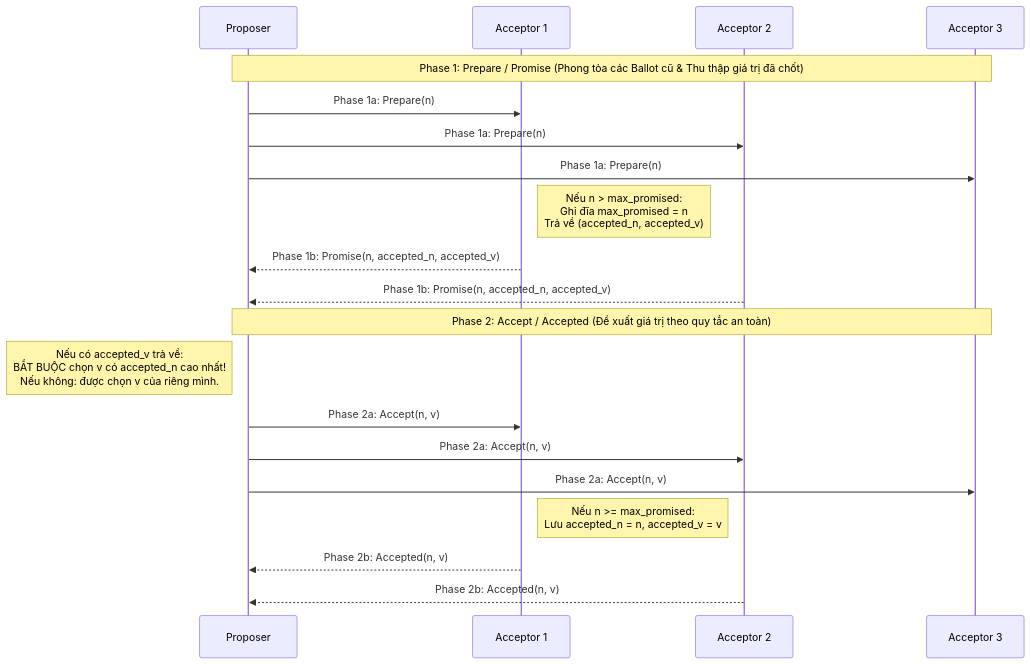
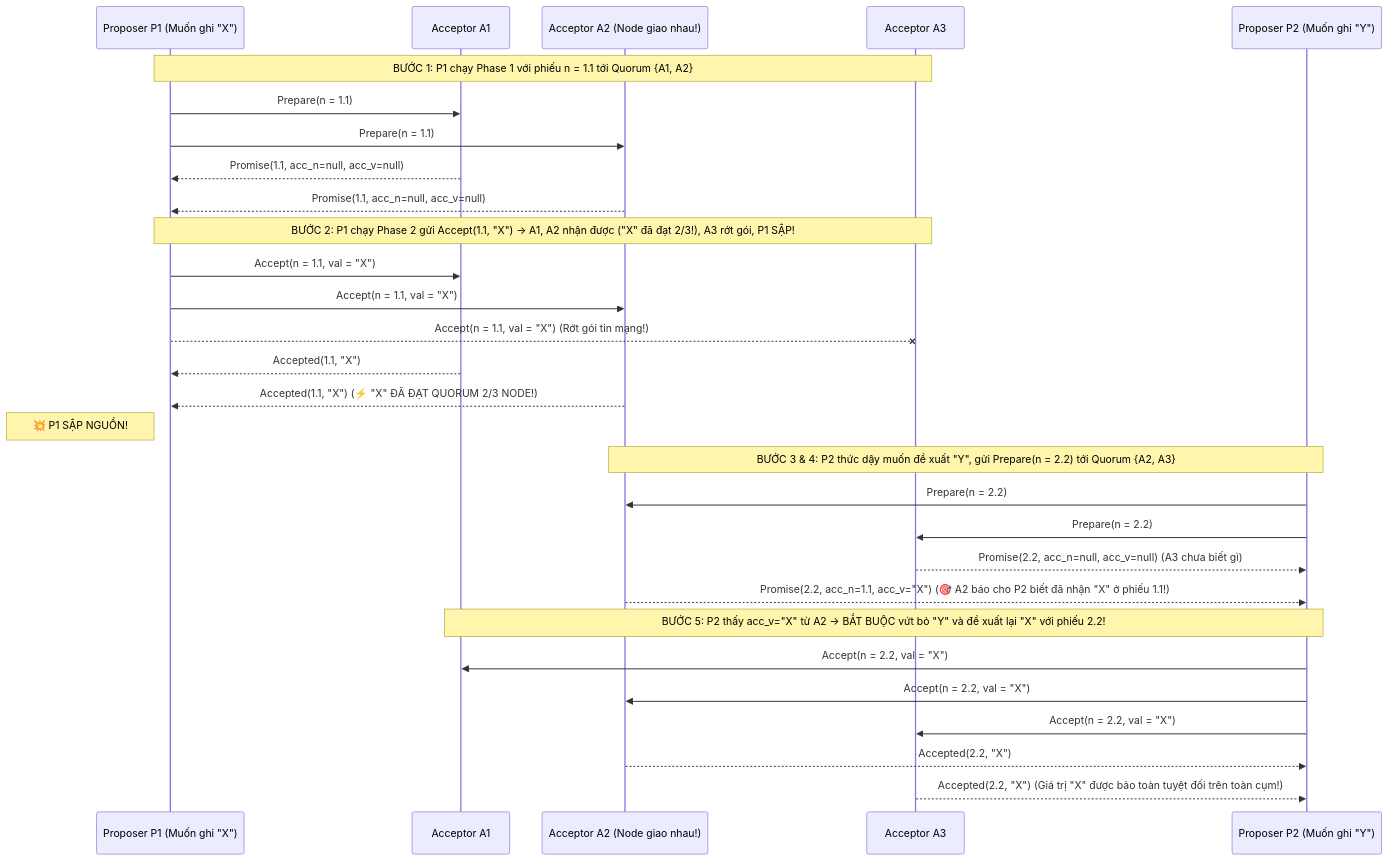
One commit to namaewanam/namaewanam.github.io changed the first of 3 diagrams in docs/Database-Internals-Notes/database-internals-chapter14.vi.md. Above: the diagram before and after it, drawn with Mermaid. The commit also changed other lines of this file and 29 other files, not shown here.

````diff
--- a/docs/Database-Internals-Notes/database-internals-chapter14.vi.md
+++ b/docs/Database-Internals-Notes/database-internals-chapter14.vi.md
@@ -71,24 +152,35 @@
 ```mermaid
 sequenceDiagram
-    participant P as Proposer
-    participant A1 as Acceptor 1
-    participant A2 as Acceptor 2
-    participant A3 as Acceptor 3
+    participant P1 as Proposer P1 (Muốn ghi "X")
+    participant A1 as Acceptor A1
+    participant A2 as Acceptor A2 (Node giao nhau!)
+    participant A3 as Acceptor A3
+    participant P2 as Proposer P2 (Muốn ghi "Y")
 
-    Note over P,A3: Phase 1: Prepare / Promise (Phong tỏa các Ballot cũ & Thu thập giá trị đã chốt)
-    P->>A1: Phase 1a: Prepare(n)
-    P->>A2: Phase 1a: Prepare(n)
-    P->>A3: Phase 1a: Prepare(n)
-    Note right of A1: Nếu n > max_promised:<br/>Ghi đĩa max_promised = n<br/>Trả về (accepted_n, accepted_v)
-    A1-->>P: Phase 1b: Promise(n, accepted_n, accepted_v)
-    A2-->>P: Phase 1b: Promise(n, accepted_n, accepted_v)
+    Note over P1,A3: BƯỚC 1: P1 chạy Phase 1 với phiếu n = 1.1 tới Quorum {A1, A2}
+    P1->>A1: Prepare(n = 1.1)
+    P1->>A2: Prepare(n = 1.1)
+    A1-->>P1: Promise(1.1, acc_n=null, acc_v=null)
+    A2-->>P1: Promise(1.1, acc_n=null, acc_v=null)
 
-    Note over P,A3: Phase 2: Accept / Accepted (Đề xuất giá trị theo quy tắc an toàn)
-    Note left of P: Nếu có accepted_v trả về:<br/>BẮT BUỘC chọn v có accepted_n cao nhất!<br/>Nếu không: được chọn v của riêng mình.
-    P->>A1: Phase 2a: Accept(n, v)
-    P->>A2: Phase 2a: Accept(n, v)
-    P->>A3: Phase 2a: Accept(n, v)
-    Note right of A1: Nếu n >= max_promised:<br/>Lưu accepted_n = n, accepted_v = v
-    A1-->>P: Phase 2b: Accepted(n, v)
-    A2-->>P: Phase 2b: Accepted(n, v)
+    Note over P1,A3: BƯỚC 2: P1 chạy Phase 2 gửi Accept(1.1, "X") -> A1, A2 nhận được ("X" đã đạt 2/3!), A3 rớt gói, P1 SẬP!
+    P1->>A1: Accept(n = 1.1, val = "X")
+    P1->>A2: Accept(n = 1.1, val = "X")
+    P1--xA3: Accept(n = 1.1, val = "X") (Rớt gói tin mạng!)
+    A1-->>P1: Accepted(1.1, "X")
+    A2-->>P1: Accepted(1.1, "X") (⚡ "X" ĐÃ ĐẠT QUORUM 2/3 NODE!)
+    Note left of P1: 💥 P1 SẬP NGUỒN!
+
+    Note over A2,P2: BƯỚC 3 & 4: P2 thức dậy muốn đề xuất "Y", gửi Prepare(n = 2.2) tới Quorum {A2, A3}
+    P2->>A2: Prepare(n = 2.2)
+    P2->>A3: Prepare(n = 2.2)
+    A3-->>P2: Promise(2.2, acc_n=null, acc_v=null) (A3 chưa biết gì)
+    A2-->>P2: Promise(2.2, acc_n=1.1, acc_v="X") (🎯 A2 báo cho P2 biết đã nhận "X" ở phiếu 1.1!)
+
+    Note over A1,P2: BƯỚC 5: P2 thấy acc_v="X" từ A2 -> BẮT BUỘC vứt bỏ "Y" và đề xuất lại "X" với phiếu 2.2!
+    P2->>A1: Accept(n = 2.2, val = "X")
+    P2->>A2: Accept(n = 2.2, val = "X")
+    P2->>A3: Accept(n = 2.2, val = "X")
+    A2-->>P2: Accepted(2.2, "X")
+    A3-->>P2: Accepted(2.2, "X") (Giá trị "X" được bảo toàn tuyệt đối trên toàn cụm!)
 ```
````
